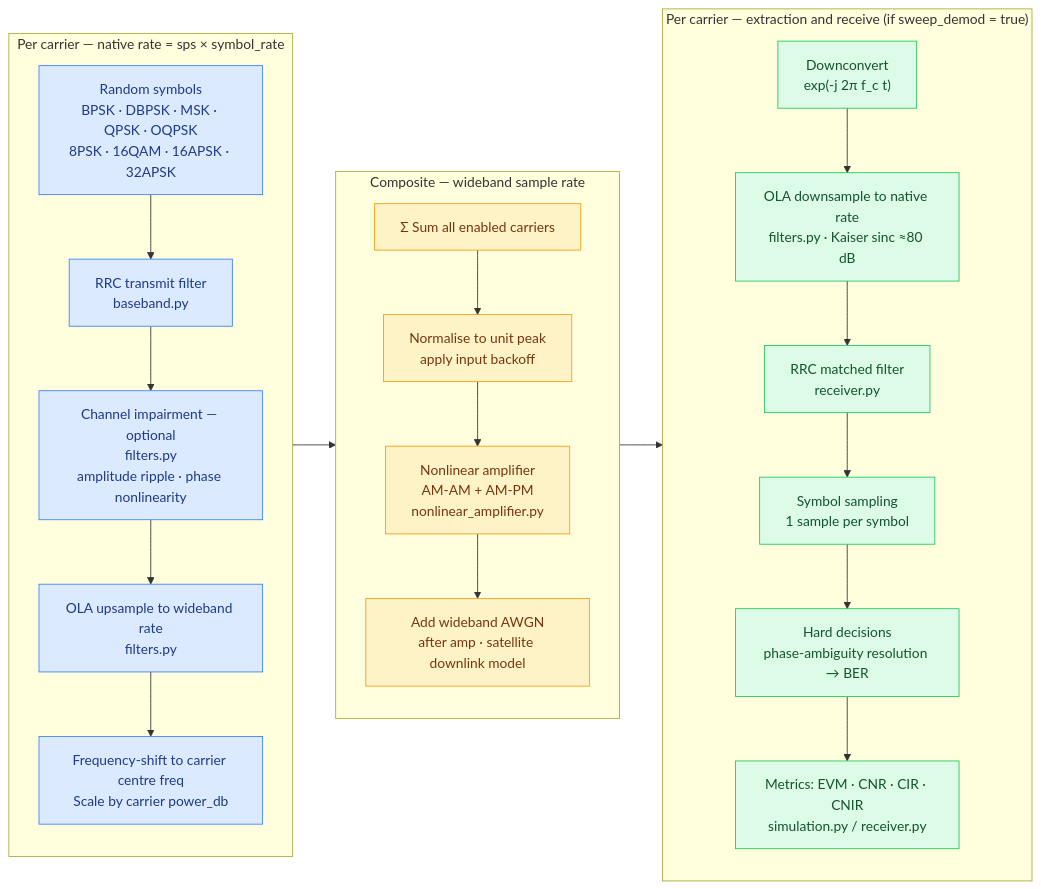
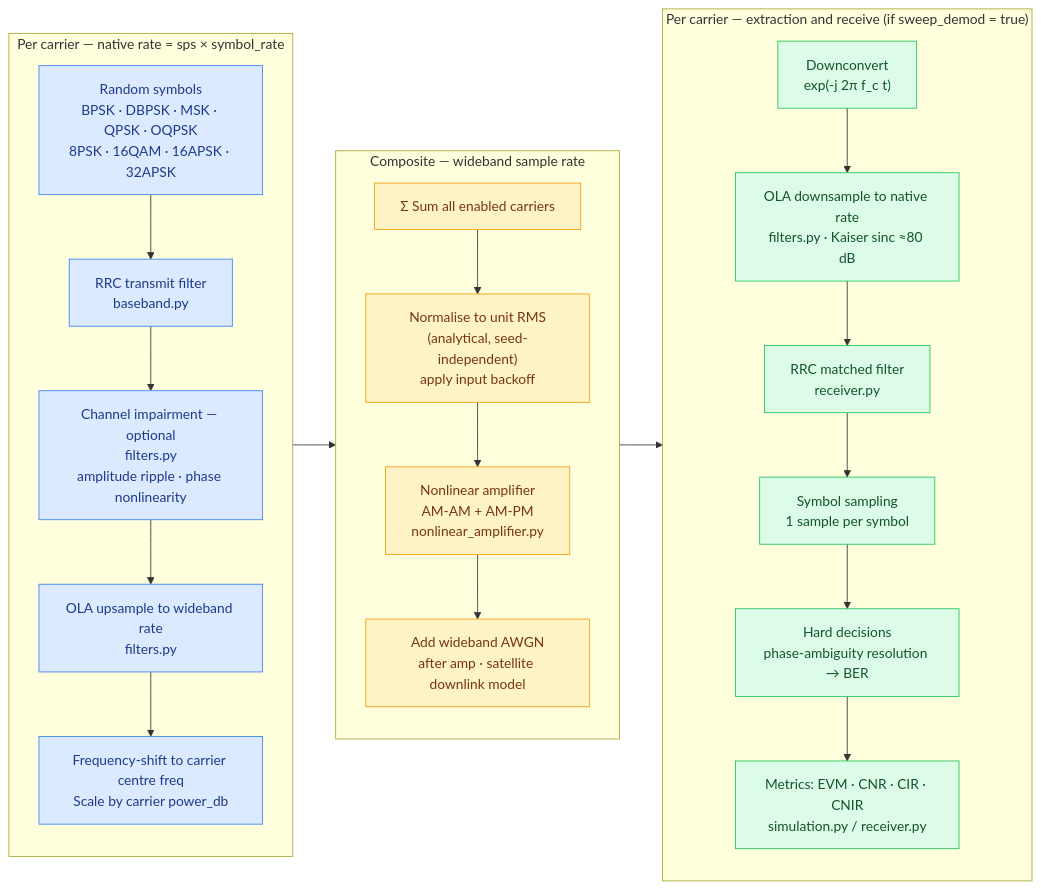
One commit to bandospook/signal-processing-simulation changed the diagram in docs/GUIDE.md. Above: the diagram before and after it, drawn with Mermaid. The commit also changed other lines of this file and 1 other file, not shown here.

````diff
--- a/docs/GUIDE.md
+++ b/docs/GUIDE.md
@@ -52,43 +52,43 @@
 ```mermaid
 flowchart LR
     subgraph TX["Per carrier  —  native rate = sps × symbol_rate"]
         direction TB
         S["Random symbols<br/>BPSK · DBPSK · MSK · QPSK · OQPSK<br/>8PSK · 16QAM · 16APSK · 32APSK"]
         RRC_TX["RRC transmit filter<br/>baseband.py"]
         CHIMP["Channel impairment — optional<br/>filters.py<br/>amplitude ripple · phase nonlinearity"]
         UPSMPL["OLA upsample to wideband rate<br/>filters.py"]
         FSHIFT["Frequency-shift to carrier centre freq<br/>Scale by carrier power_db"]
         S --> RRC_TX --> CHIMP --> UPSMPL --> FSHIFT
     end
 
     subgraph WB["Composite  —  wideband sample rate"]
         direction TB
         SUM["Σ  Sum all enabled carriers"]
-        NORM["Normalise to unit peak<br/>apply input backoff"]
+        NORM["Normalise to unit RMS<br/>(analytical, seed-independent)<br/>apply input backoff"]
         NLA["Nonlinear amplifier<br/>AM-AM + AM-PM<br/>nonlinear_amplifier.py"]
         AWGN["Add wideband AWGN<br/>after amp · satellite downlink model"]
         SUM --> NORM --> NLA --> AWGN
     end
 
     subgraph RX["Per carrier  —  extraction and receive  (if sweep_demod = true)"]
         direction TB
         DCNV["Downconvert<br/>exp(-j 2π f_c t)"]
         DNSMPL["OLA downsample to native rate<br/>filters.py · Kaiser sinc ≈80 dB"]
         MF["RRC matched filter<br/>receiver.py"]
         SSAMP["Symbol sampling<br/>1 sample per symbol"]
         HDEC["Hard decisions<br/>phase-ambiguity resolution → BER"]
         MTRX["Metrics: EVM · CNR · CIR · CNIR<br/>simulation.py / receiver.py"]
         DCNV --> DNSMPL --> MF --> SSAMP --> HDEC --> MTRX
     end
 
     FSHIFT --> SUM
     AWGN --> DCNV
 
     classDef tx fill:#dbeafe,stroke:#3b82f6,color:#1e3a8a
     classDef wb fill:#fef3c7,stroke:#f59e0b,color:#78350f
     classDef rx fill:#dcfce7,stroke:#22c55e,color:#14532d
 
     class S,RRC_TX,CHIMP,UPSMPL,FSHIFT tx
     class SUM,NORM,NLA,AWGN wb
     class DCNV,DNSMPL,MF,SSAMP,HDEC,MTRX rx
 ```
````
